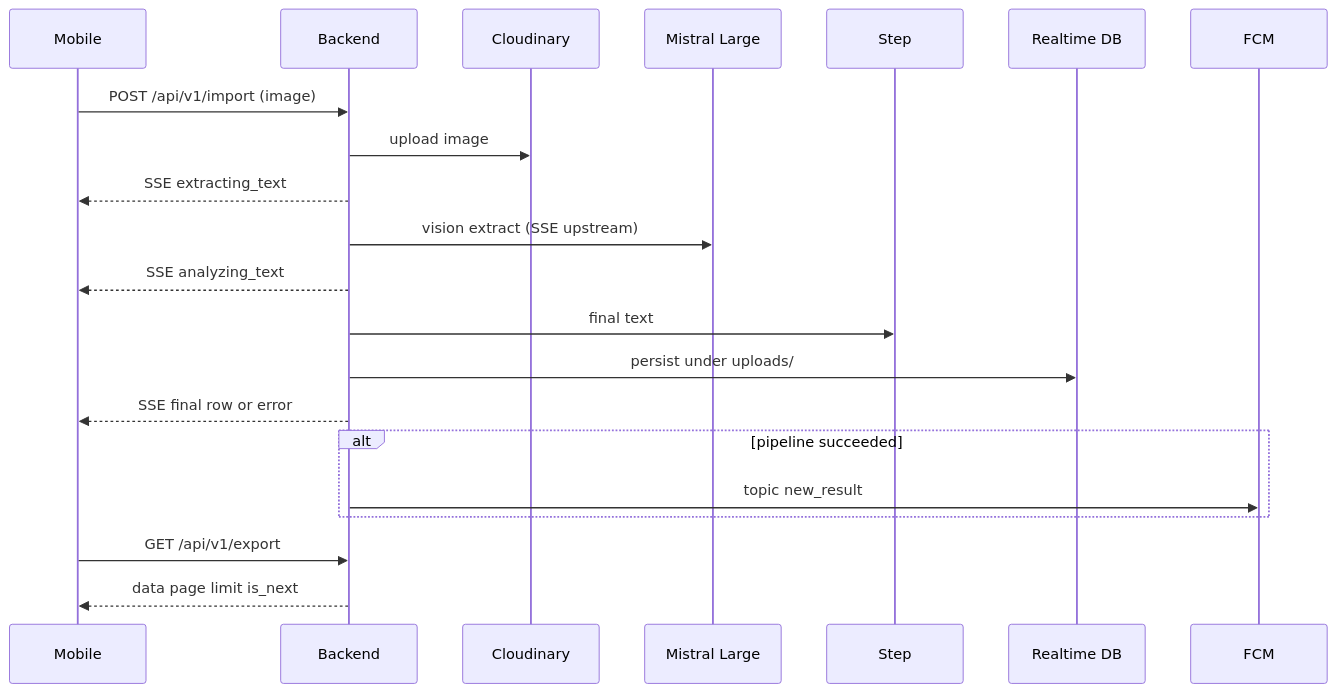
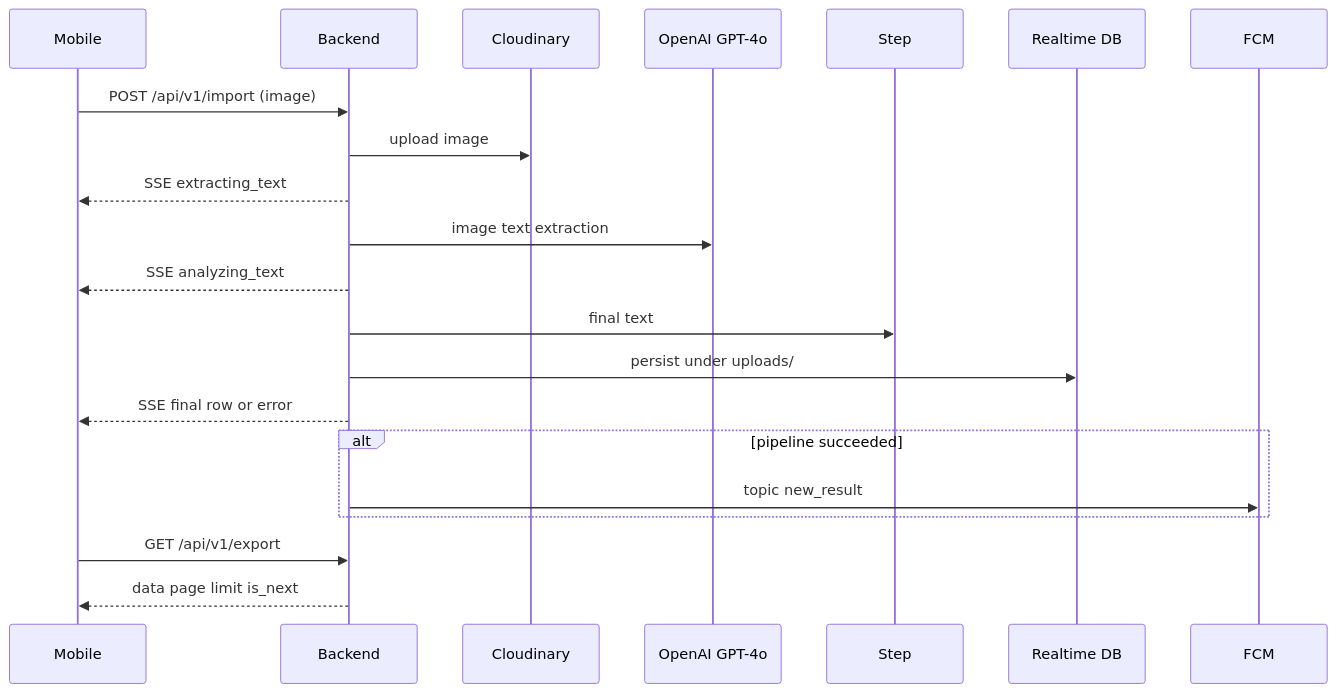
Before and after one commit to lowjungxuandev/GRIM: the diagram in docs/workflow.md, drawn with Mermaid. The commit also changed other lines of this file and 22 other files, not shown here.

First line of the commit message:
feat: integrate OpenAI GPT-4o for image text extraction

````diff
--- a/docs/workflow.md
+++ b/docs/workflow.md
@@ -14,23 +14,23 @@
 ```mermaid
 sequenceDiagram
   participant M as Mobile
   participant B as Backend
   participant C as Cloudinary
-  participant V as Mistral Large
+  participant V as OpenAI GPT-4o
   participant S as Step
   participant R as Realtime DB
   participant F as FCM
   M->>B: POST /api/v1/import (image)
   B->>C: upload image
   B-->>M: SSE extracting_text
-  B->>V: vision extract (SSE upstream)
+  B->>V: image text extraction
   B-->>M: SSE analyzing_text
   B->>S: final text
   B->>R: persist under uploads/
   B-->>M: SSE final row or error
   alt pipeline succeeded
     B->>F: topic new_result
   end
   M->>B: GET /api/v1/export
   B-->>M: data page limit is_next
 ```
````
